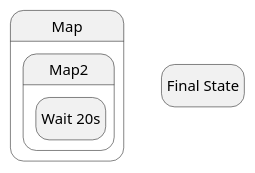
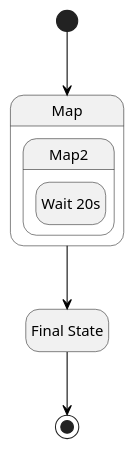
Before and after one commit to massfords/asl-puml: the diagram in src/__tests__/pumls/nested_maps.puml, drawn with PlantUML. The commit also changed 11 other files, not shown here.

```diff
--- a/src/__tests__/pumls/nested_maps.puml
+++ b/src/__tests__/pumls/nested_maps.puml
@@ -2,11 +2,14 @@
 @startuml
 hide empty description
 skinparam LineBackgroundColor #black
 skinparam ArrowColor #black
 state "Map" as state1 {
 state "Map2" as state3 {
 state "Wait 20s" as state4
 }
 }
 state "Final State" as state2
+[*] --> state1
+state1 --> state2
+state2 --> [*]
 @enduml
```
